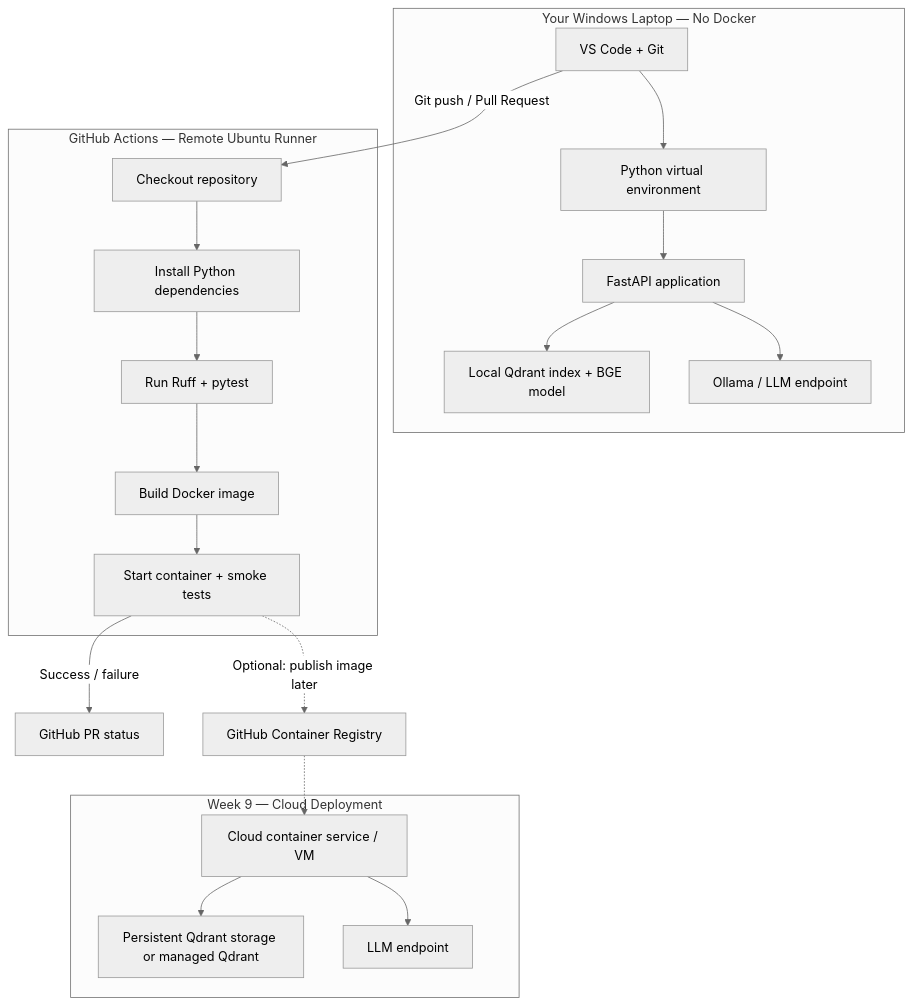
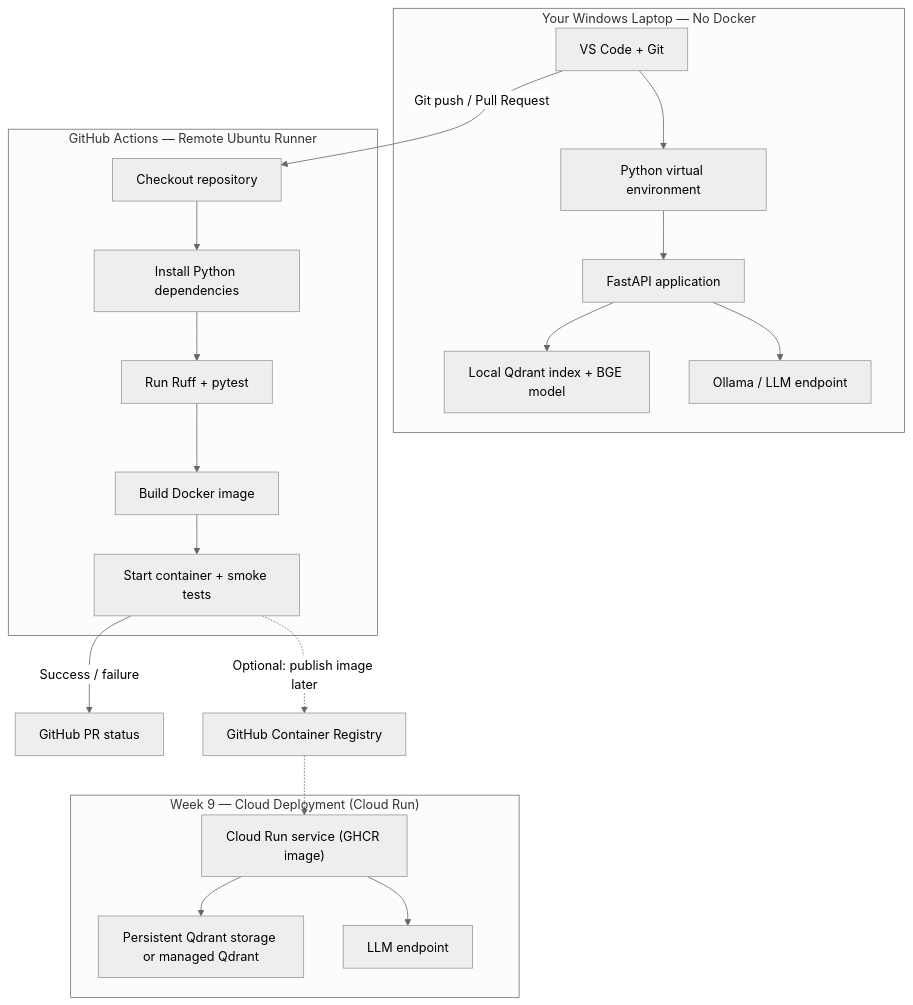
Before and after one commit to ankush1aggarwal/RAG: the diagram in docs/architecture.md, drawn with Mermaid (neutral theme). The commit also changed other lines of this file and 39 other files, not shown here.

Commit message:
week 9 cloud run related code changes

````diff
--- a/docs/architecture.md
+++ b/docs/architecture.md
@@ -7,37 +7,37 @@
 ```mermaid
 flowchart TB
     subgraph LOCAL["Your Windows Laptop — No Docker"]
         A["VS Code + Git"]
         B["Python virtual environment"]
         C["FastAPI application"]
         D["Local Qdrant index + BGE model"]
         E["Ollama / LLM endpoint"]
         A --> B --> C
         C --> D
         C --> E
     end
 
     A -->|"Git push / Pull Request"| G
 
     subgraph GITHUB["GitHub Actions — Remote Ubuntu Runner"]
         G["Checkout repository"]
         H["Install Python dependencies"]
         I["Run Ruff + pytest"]
         J["Build Docker image"]
         K["Start container + smoke tests"]
         G --> H --> I --> J --> K
     end
 
     K -->|"Success / failure"| L["GitHub PR status"]
     K -.->|"Optional: publish image later"| M["GitHub Container Registry"]
 
-    subgraph CLOUD["Week 9 — Cloud Deployment"]
-        N["Cloud container service / VM"]
+    subgraph CLOUD["Week 9 — Cloud Deployment (Cloud Run)"]
+        N["Cloud Run service (GHCR image)"]
         O["Persistent Qdrant storage or managed Qdrant"]
         P["LLM endpoint"]
         N --> O
         N --> P
     end
 
     M -.-> N
 ```
````
